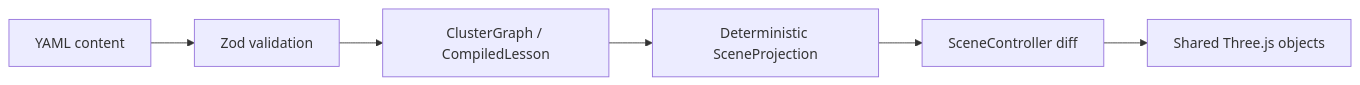
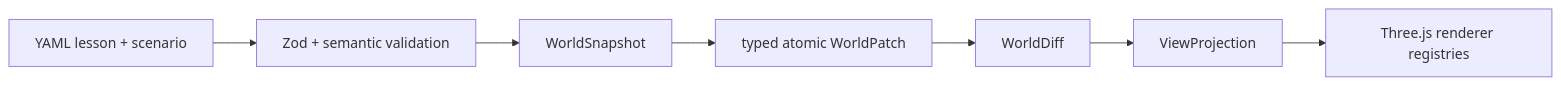
Before and after one commit to TANGBUDU/kubemotion-3d: the diagram in README.md, drawn with Mermaid. The commit also changed other lines of this file and 9 other files, not shown here.

````diff
--- a/README.md
+++ b/README.md
@@ -23,8 +25,9 @@
 ```mermaid
 flowchart LR
-  YAML["YAML content"] --> Zod["Zod validation"]
-  Zod --> Domain["ClusterGraph / CompiledLesson"]
-  Domain --> Projection["Deterministic SceneProjection"]
-  Projection --> Diff["SceneController diff"]
-  Diff --> Three["Shared Three.js objects"]
+  YAML["YAML lesson + scenario"] --> Validate["Zod + semantic validation"]
+  Validate --> Snapshot["WorldSnapshot"]
+  Snapshot --> Patch["typed atomic WorldPatch"]
+  Patch --> Diff["WorldDiff"]
+  Diff --> Projection["ViewProjection"]
+  Projection --> Renderer["Three.js renderer registries"]
 ```
````
